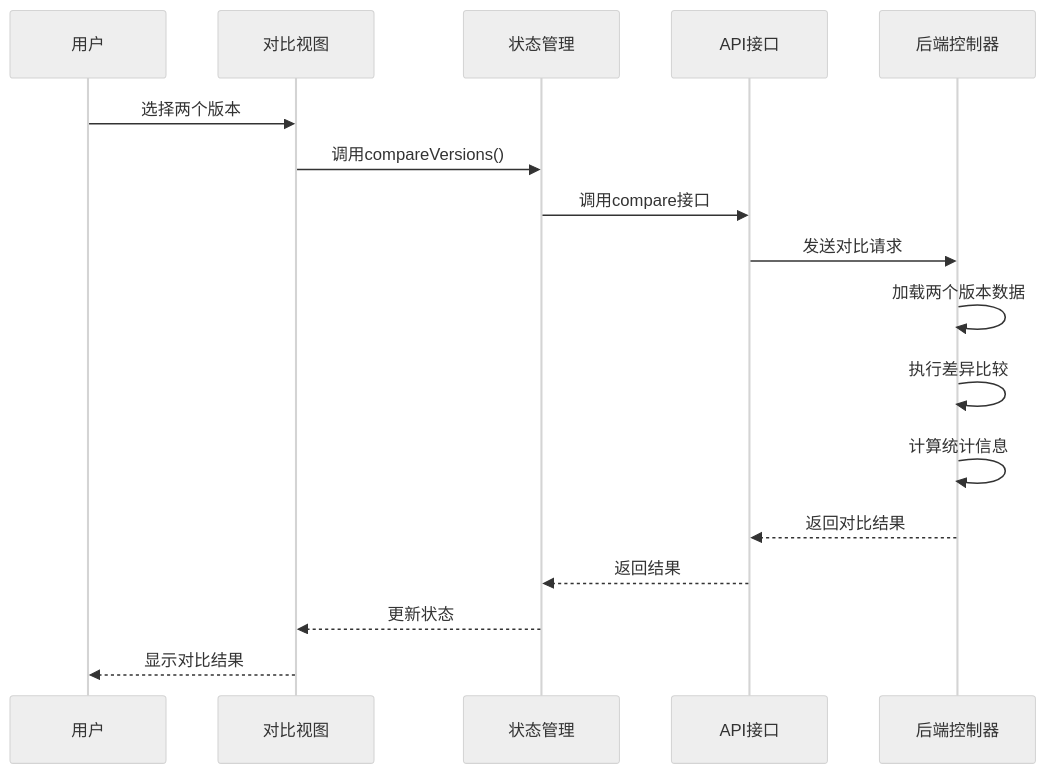
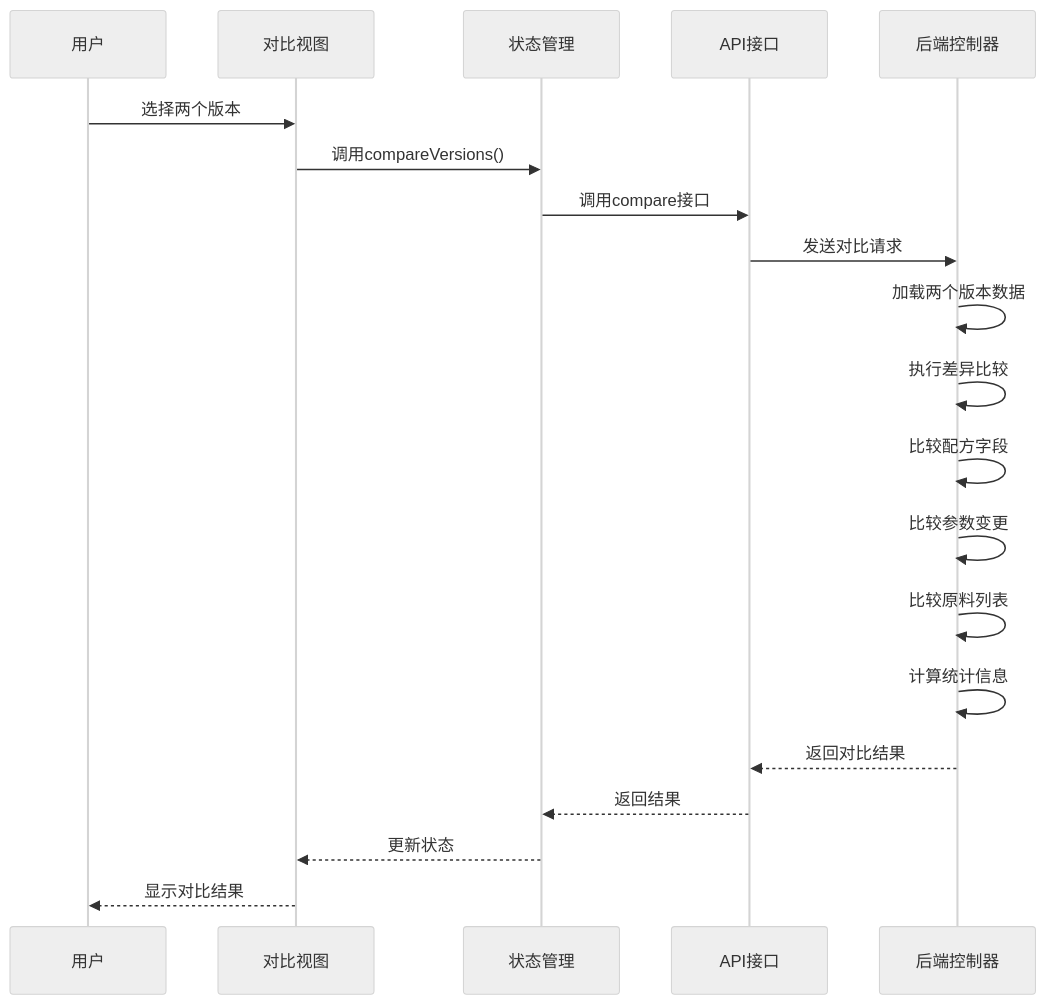
Before and after one commit to xpretycn/TingStudio: the tenth of 18 diagrams in .qoder/repowiki/zh/content/核心功能模块/版本控制系统/版本控制系统.md, drawn with Mermaid (neutral theme). The commit also changed other lines of this file and 56 other files, not shown here.

````diff
--- a/.qoder/repowiki/zh/content/核心功能模块/版本控制系统/版本控制系统.md
+++ b/.qoder/repowiki/zh/content/核心功能模块/版本控制系统/版本控制系统.md
@@ -409,19 +427,22 @@
 ```mermaid
 sequenceDiagram
 participant User as 用户
 participant CompareView as 对比视图
 participant Store as 状态管理
 participant API as API接口
 participant Controller as 后端控制器
 User->>CompareView : 选择两个版本
 CompareView->>Store : 调用compareVersions()
 Store->>API : 调用compare接口
 API->>Controller : 发送对比请求
 Controller->>Controller : 加载两个版本数据
 Controller->>Controller : 执行差异比较
+Controller->>Controller : 比较配方字段
+Controller->>Controller : 比较参数变更
+Controller->>Controller : 比较原料列表
 Controller->>Controller : 计算统计信息
 Controller-->>API : 返回对比结果
 API-->>Store : 返回结果
 Store-->>CompareView : 更新状态
 CompareView-->>User : 显示对比结果
 ```
````
